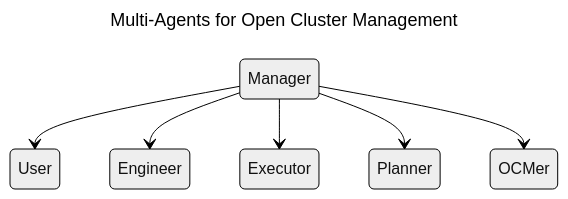
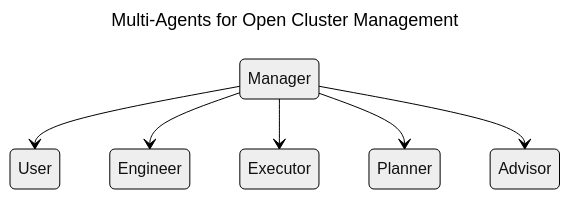
Before and after one commit to yanmxa/acm-agent: the second of 2 diagrams in README.md, drawn with Mermaid (neutral theme). The commit also changed other lines of this file and 7 other files, not shown here.

Commit message:
format the planner and rename the ocmer to advisor

````diff
--- a/README.md
+++ b/README.md
@@ -45,11 +45,11 @@
   ```mermaid
   ---
   title: Multi-Agents for Open Cluster Management
   ---
   stateDiagram-v2
       Manager --> User
       Manager --> Engineer
       Manager --> Executor
       Manager --> Planner
-      Manager --> OCMer
+      Manager --> Advisor
   ```
````
